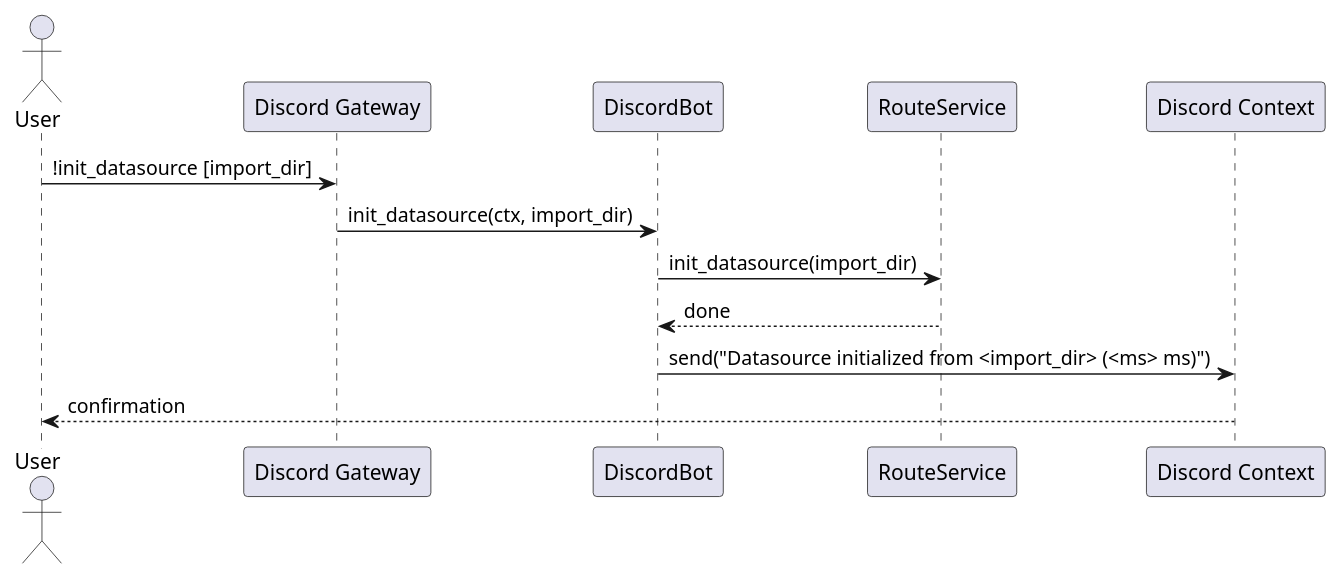
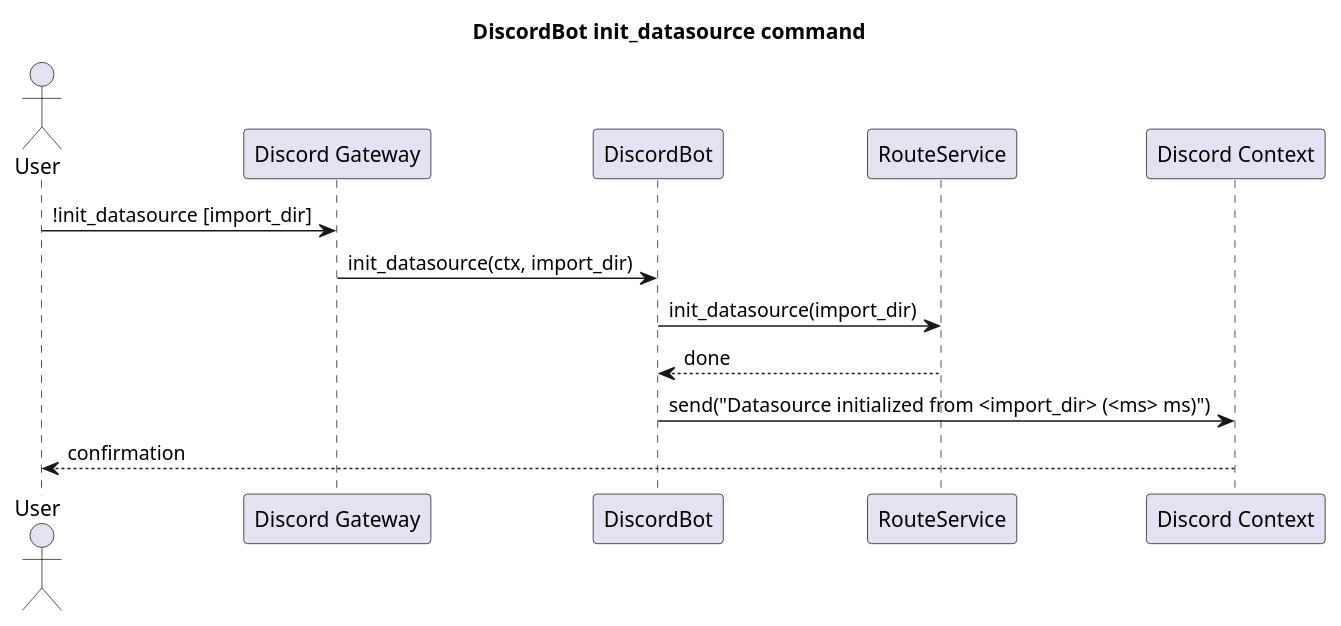
The sixth of 7 diagrams in docs/discord_bot_sequences.puml (fazleskhan/elite_dangerous_discord_tools), drawn with PlantUML before and after one commit. The commit also changed other lines of this file and 25 other files, not shown here.

Commit message:
updated README.md and sequence diagrams

```diff
--- a/docs/discord_bot_sequences.puml
+++ b/docs/discord_bot_sequences.puml
@@ -107,14 +109,15 @@
 @startuml discord_bot_init_datasource
+title DiscordBot init_datasource command
 actor User
 participant "Discord Gateway" as Discord
 participant "DiscordBot" as Bot
 participant "RouteService" as Route
 participant "Discord Context" as Ctx
 
 User -> Discord : !init_datasource [import_dir]
 Discord -> Bot : init_datasource(ctx, import_dir)
 Bot -> Route : init_datasource(import_dir)
 Route --> Bot : done
 Bot -> Ctx : send("Datasource initialized from <import_dir> (<ms> ms)")
 Ctx --> User : confirmation
 @enduml
```
